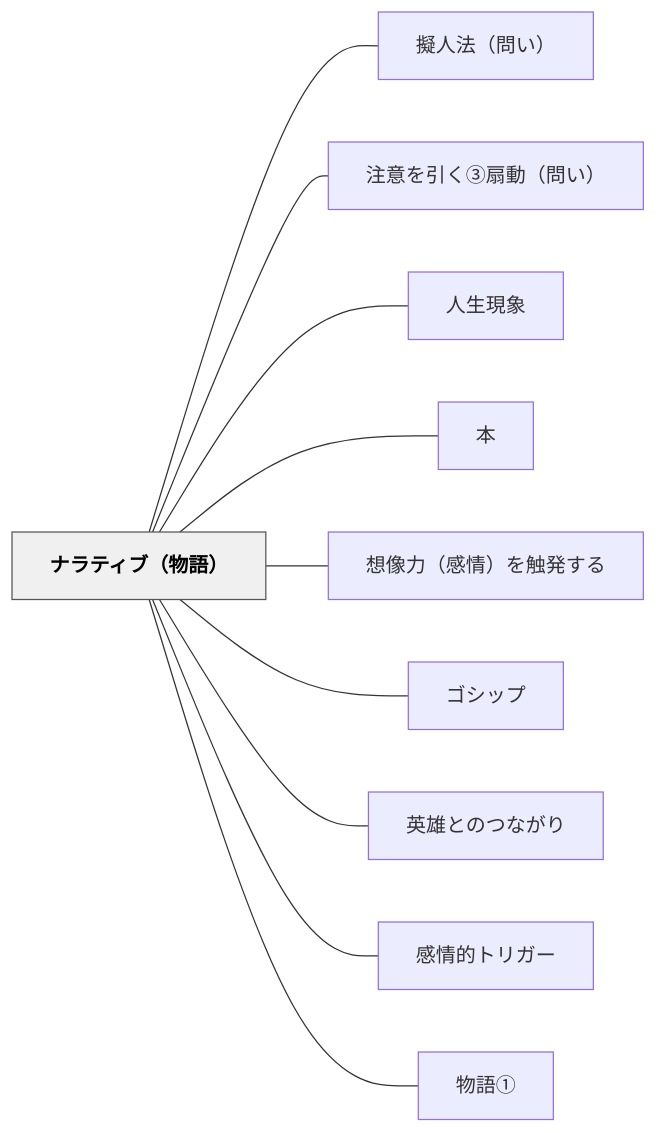
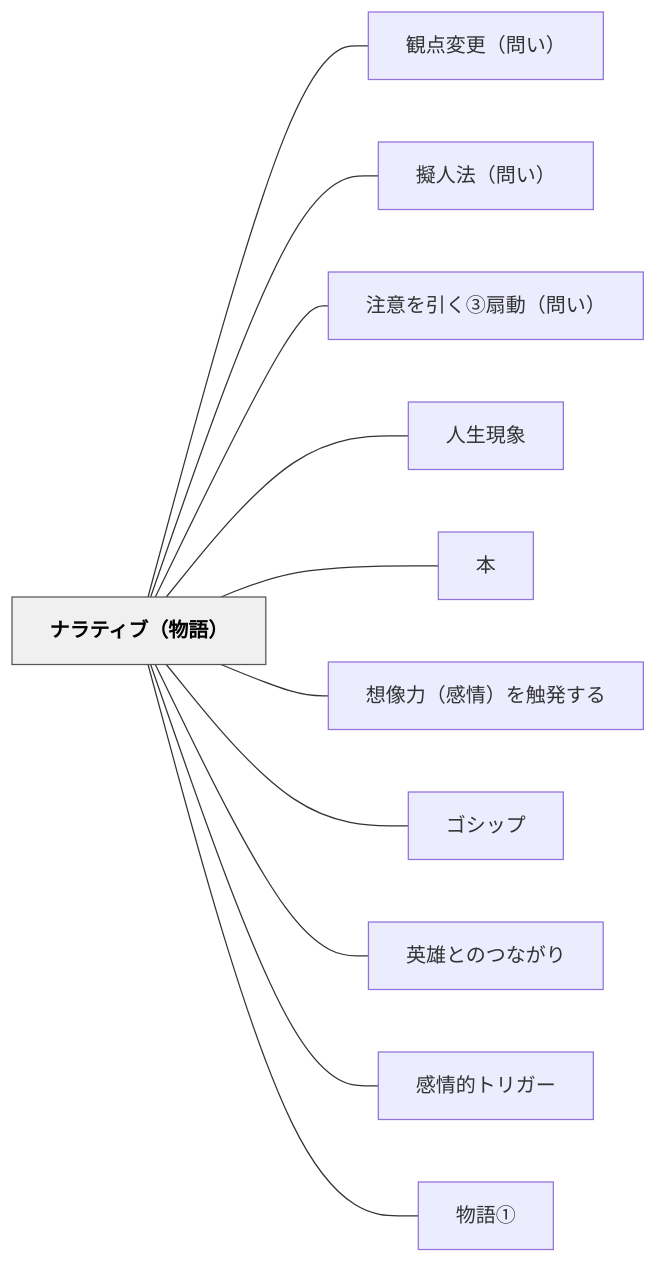
The diagram in content/パタン/ナラティブ（物語）.md (unknownthings-ed-patterns/unknownthings-ed-patterns), drawn with Mermaid before and after one commit. The commit also changed other lines of this file and 44 other files, not shown here.

````diff
--- a/content/パタン/ナラティブ（物語）.md
+++ b/content/パタン/ナラティブ（物語）.md
@@ -54,26 +55,28 @@
 ```mermaid
 flowchart LR
     ne3838ae383a9e38386e382a3e38396efbc88e789a9e8aa9eefbc89["ナラティブ（物語）"]
+    ne8a6b3e782b9e5a489e69bb4efbc88e5958fe38184efbc89["観点変更（問い）"]
     ne693ace4babae6b395efbc88e5958fe38184efbc89["擬人法（問い）"]
     ne6b3a8e6848fe38292e5bc95e3818fe291a2e68987e58b95efbc88e5958fe38184efbc89["注意を引く③扇動（問い）"]
     ne4babae7949fe78fbee8b1a1["人生現象"]
     ne69cac["本"]
     ne683b3e5838fe58a9befbc88e6849fe68385efbc89e38292e8a7a6e799bae38199e3828b["想像力（感情）を触発する"]
     ne382b4e382b7e38383e38397["ゴシップ"]
     ne88bb1e99b84e381a8e381aee381a4e381aae3818ce3828a["英雄とのつながり"]
     ne6849fe68385e79a84e38388e383aae382ace383bc["感情的トリガー"]
     ne789a9e8aa9ee291a0["物語①"]
 
+    ne3838ae383a9e38386e382a3e38396efbc88e789a9e8aa9eefbc89 --- ne8a6b3e782b9e5a489e69bb4efbc88e5958fe38184efbc89
     ne3838ae383a9e38386e382a3e38396efbc88e789a9e8aa9eefbc89 --- ne693ace4babae6b395efbc88e5958fe38184efbc89
     ne3838ae383a9e38386e382a3e38396efbc88e789a9e8aa9eefbc89 --- ne6b3a8e6848fe38292e5bc95e3818fe291a2e68987e58b95efbc88e5958fe38184efbc89
     ne3838ae383a9e38386e382a3e38396efbc88e789a9e8aa9eefbc89 --- ne4babae7949fe78fbee8b1a1
     ne3838ae383a9e38386e382a3e38396efbc88e789a9e8aa9eefbc89 --- ne69cac
     ne3838ae383a9e38386e382a3e38396efbc88e789a9e8aa9eefbc89 --- ne683b3e5838fe58a9befbc88e6849fe68385efbc89e38292e8a7a6e799bae38199e3828b
     ne3838ae383a9e38386e382a3e38396efbc88e789a9e8aa9eefbc89 --- ne382b4e382b7e38383e38397
     ne3838ae383a9e38386e382a3e38396efbc88e789a9e8aa9eefbc89 --- ne88bb1e99b84e381a8e381aee381a4e381aae3818ce3828a
     ne3838ae383a9e38386e382a3e38396efbc88e789a9e8aa9eefbc89 --- ne6849fe68385e79a84e38388e383aae382ace383bc
     ne3838ae383a9e38386e382a3e38396efbc88e789a9e8aa9eefbc89 --- ne789a9e8aa9ee291a0
 
     classDef hub fill:#f0f0f0,stroke:#555,color:#000,font-weight:bold
     class ne3838ae383a9e38386e382a3e38396efbc88e789a9e8aa9eefbc89 hub
 ```
````
